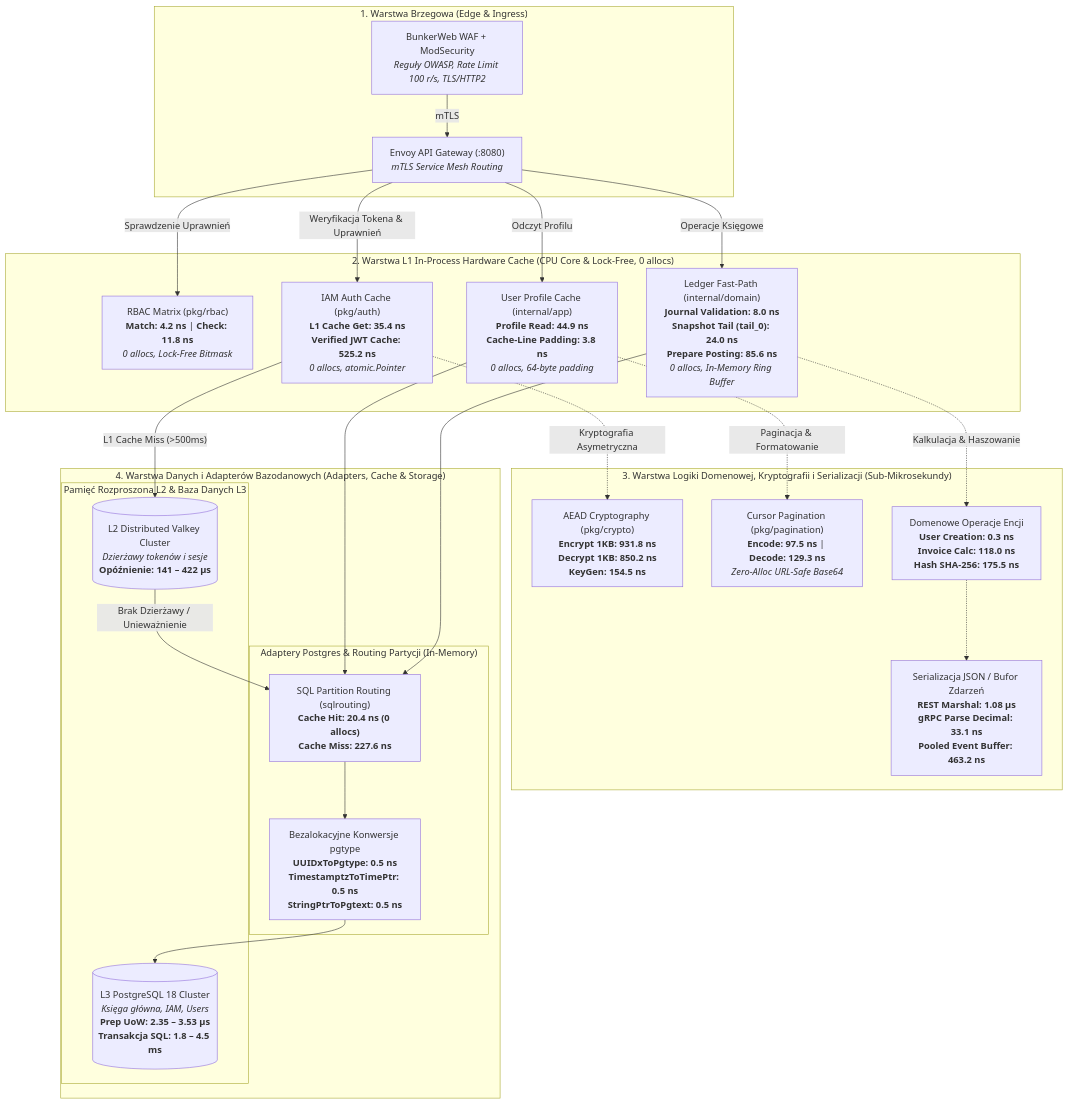
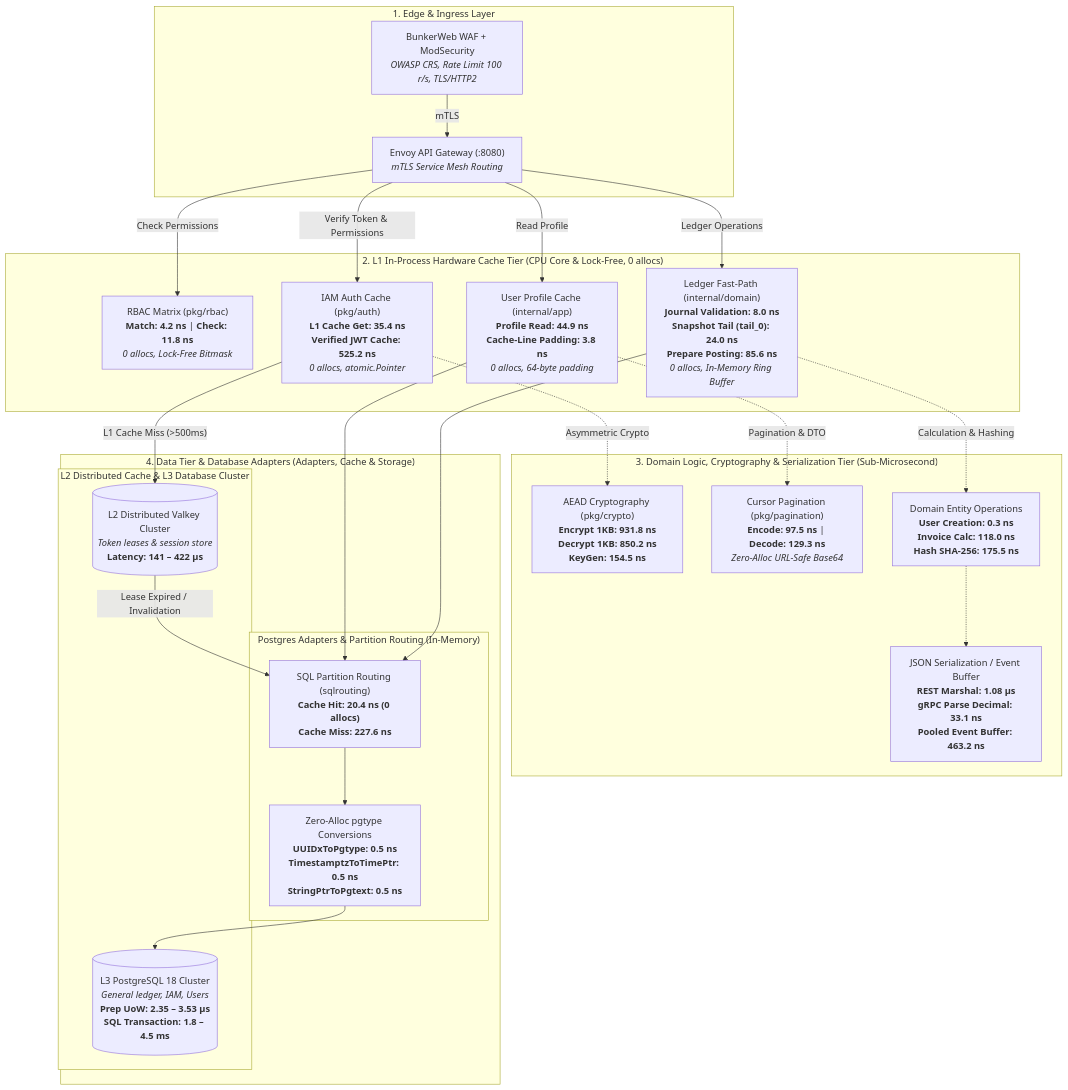
Before and after one commit to mateusz-kacpura/integra-core: the diagram in README.md, drawn with Mermaid. The commit also changed other lines of this file, not shown here.

Commit message:
docs(core): localize infrastructure diagram and latency table to English

````diff
--- a/README.md
+++ b/README.md
@@ -32,50 +32,50 @@
 ```mermaid
 flowchart TB
-    subgraph Edge["1. Warstwa Brzegowa (Edge & Ingress)"]
-        WAF["BunkerWeb WAF + ModSecurity<br/><i>Reguły OWASP, Rate Limit 100 r/s, TLS/HTTP2</i>"]
+    subgraph Edge["1. Edge & Ingress Layer"]
+        WAF["BunkerWeb WAF + ModSecurity<br/><i>OWASP CRS, Rate Limit 100 r/s, TLS/HTTP2</i>"]
         Gateway["Envoy API Gateway (:8080)<br/><i>mTLS Service Mesh Routing</i>"]
         WAF -->|mTLS| Gateway
     end
 
-    subgraph L1_Tier["2. Warstwa L1 In-Process Hardware Cache (CPU Core & Lock-Free, 0 allocs)"]
+    subgraph L1_Tier["2. L1 In-Process Hardware Cache Tier (CPU Core & Lock-Free, 0 allocs)"]
         RBAC_L1["RBAC Matrix (pkg/rbac)<br/><b>Match: 4.2 ns</b> | <b>Check: 11.8 ns</b><br/><i>0 allocs, Lock-Free Bitmask</i>"]
         IAM_L1["IAM Auth Cache (pkg/auth)<br/><b>L1 Cache Get: 35.4 ns</b><br/><b>Verified JWT Cache: 525.2 ns</b><br/><i>0 allocs, atomic.Pointer</i>"]
         USER_L1["User Profile Cache (internal/app)<br/><b>Profile Read: 44.9 ns</b><br/><b>Cache-Line Padding: 3.8 ns</b><br/><i>0 allocs, 64-byte padding</i>"]
         LDG_L1["Ledger Fast-Path (internal/domain)<br/><b>Journal Validation: 8.0 ns</b><br/><b>Snapshot Tail (tail_0): 24.0 ns</b><br/><b>Prepare Posting: 85.6 ns</b><br/><i>0 allocs, In-Memory Ring Buffer</i>"]
     end
 
-    subgraph L2_Tier["3. Warstwa Logiki Domenowej, Kryptografii i Serializacji (Sub-Mikrosekundy)"]
+    subgraph L2_Tier["3. Domain Logic, Cryptography & Serialization Tier (Sub-Microsecond)"]
         Crypto["AEAD Cryptography (pkg/crypto)<br/><b>Encrypt 1KB: 931.8 ns</b><br/><b>Decrypt 1KB: 850.2 ns</b><br/><b>KeyGen: 154.5 ns</b>"]
         Pagination["Cursor Pagination (pkg/pagination)<br/><b>Encode: 97.5 ns</b> | <b>Decode: 129.3 ns</b><br/><i>Zero-Alloc URL-Safe Base64</i>"]
-        DomainOps["Domenowe Operacje Encji<br/><b>User Creation: 0.3 ns</b><br/><b>Invoice Calc: 118.0 ns</b><br/><b>Hash SHA-256: 175.5 ns</b>"]
-        Serialization["Serializacja JSON / Bufor Zdarzeń<br/><b>REST Marshal: 1.08 µs</b><br/><b>gRPC Parse Decimal: 33.1 ns</b><br/><b>Pooled Event Buffer: 463.2 ns</b>"]
+        DomainOps["Domain Entity Operations<br/><b>User Creation: 0.3 ns</b><br/><b>Invoice Calc: 118.0 ns</b><br/><b>Hash SHA-256: 175.5 ns</b>"]
+        Serialization["JSON Serialization / Event Buffer<br/><b>REST Marshal: 1.08 µs</b><br/><b>gRPC Parse Decimal: 33.1 ns</b><br/><b>Pooled Event Buffer: 463.2 ns</b>"]
     end
 
-    subgraph Data_Tier["4. Warstwa Danych i Adapterów Bazodanowych (Adapters, Cache & Storage)"]
-        subgraph Adapters["Adaptery Postgres & Routing Partycji (In-Memory)"]
+    subgraph Data_Tier["4. Data Tier & Database Adapters (Adapters, Cache & Storage)"]
+        subgraph Adapters["Postgres Adapters & Partition Routing (In-Memory)"]
             SQLRoute["SQL Partition Routing (sqlrouting)<br/><b>Cache Hit: 20.4 ns (0 allocs)</b><br/><b>Cache Miss: 227.6 ns</b>"]
-            PgTypes["Bezalokacyjne Konwersje pgtype<br/><b>UUIDxToPgtype: 0.5 ns</b><br/><b>TimestamptzToTimePtr: 0.5 ns</b><br/><b>StringPtrToPgtext: 0.5 ns</b>"]
+            PgTypes["Zero-Alloc pgtype Conversions<br/><b>UUIDxToPgtype: 0.5 ns</b><br/><b>TimestamptzToTimePtr: 0.5 ns</b><br/><b>StringPtrToPgtext: 0.5 ns</b>"]
         end
-        subgraph Distributed["Pamięć Rozproszona L2 & Baza Danych L3"]
-            Valkey[("L2 Distributed Valkey Cluster<br/><i>Dzierżawy tokenów i sesje</i><br/><b>Opóźnienie: 141 – 422 µs</b>")]
-            Postgres[("L3 PostgreSQL 18 Cluster<br/><i>Księga główna, IAM, Users</i><br/><b>Prep UoW: 2.35 – 3.53 µs</b><br/><b>Transakcja SQL: 1.8 – 4.5 ms</b>")]
+        subgraph Distributed["L2 Distributed Cache & L3 Database Cluster"]
+            Valkey[("L2 Distributed Valkey Cluster<br/><i>Token leases & session store</i><br/><b>Latency: 141 – 422 µs</b>")]
+            Postgres[("L3 PostgreSQL 18 Cluster<br/><i>General ledger, IAM, Users</i><br/><b>Prep UoW: 2.35 – 3.53 µs</b><br/><b>SQL Transaction: 1.8 – 4.5 ms</b>")]
         end
     end
 
-    Gateway -->|Weryfikacja Tokena & Uprawnień| IAM_L1
-    Gateway -->|Sprawdzenie Uprawnień| RBAC_L1
-    Gateway -->|Odczyt Profilu| USER_L1
-    Gateway -->|Operacje Księgowe| LDG_L1
+    Gateway -->|Verify Token & Permissions| IAM_L1
+    Gateway -->|Check Permissions| RBAC_L1
+    Gateway -->|Read Profile| USER_L1
+    Gateway -->|Ledger Operations| LDG_L1
 
-    IAM_L1 -.->|Kryptografia Asymetryczna| Crypto
-    USER_L1 -.->|Paginacja & Formatowanie| Pagination
-    LDG_L1 -.->|Kalkulacja & Haszowanie| DomainOps
+    IAM_L1 -.->|Asymmetric Crypto| Crypto
+    USER_L1 -.->|Pagination & DTO| Pagination
+    LDG_L1 -.->|Calculation & Hashing| DomainOps
     DomainOps -.-> Serialization
 
     IAM_L1 -- "L1 Cache Miss (>500ms)" --> Valkey
-    Valkey -- "Brak Dzierżawy / Unieważnienie" --> SQLRoute
+    Valkey -- "Lease Expired / Invalidation" --> SQLRoute
     USER_L1 --> SQLRoute
     LDG_L1 --> SQLRoute
     SQLRoute --> PgTypes
     PgTypes --> Postgres
 ```
````
